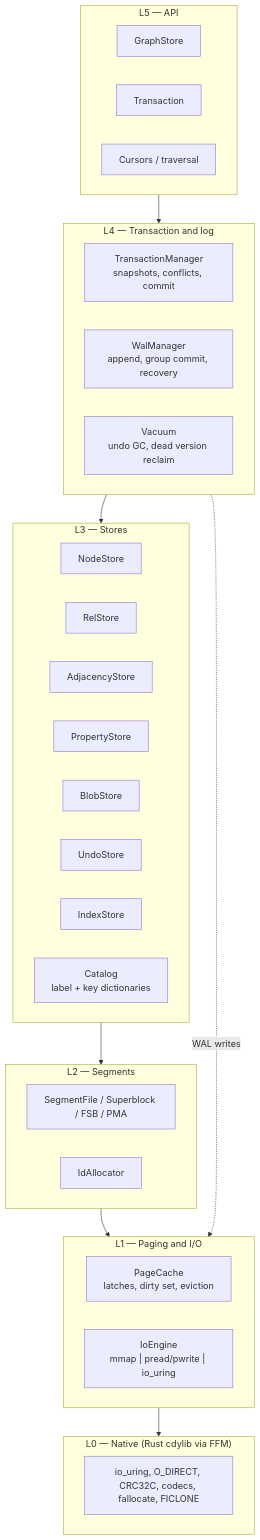
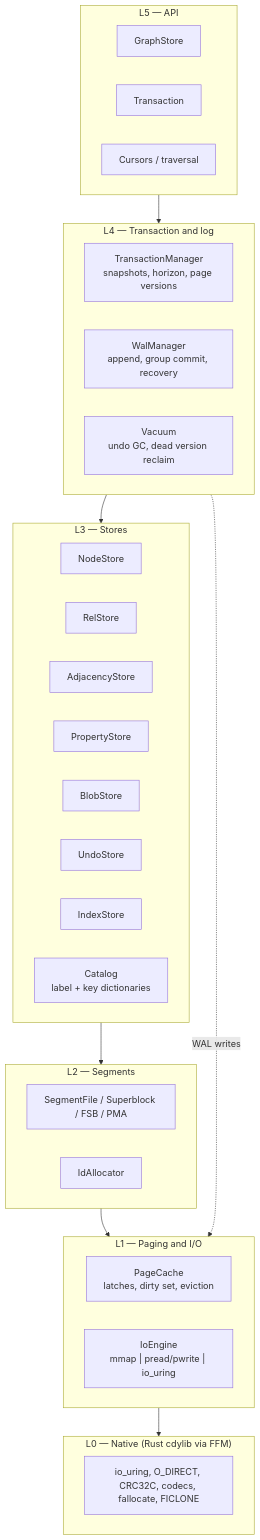
The first of 2 diagrams in spec/ARCHITECTURE.md (metaloom/metaloom-graph), drawn with Mermaid before and after one commit. The commit also changed other lines of this file and 106 other files, not shown here.

Commit message:
Add graph storage handling

````diff
--- a/spec/ARCHITECTURE.md
+++ b/spec/ARCHITECTURE.md
@@ -29,41 +29,41 @@
 ```mermaid
 graph TB
     subgraph L5["L5 — API"]
         GS["GraphStore"]
         TX["Transaction"]
         CUR["Cursors / traversal"]
     end
     subgraph L4["L4 — Transaction and log"]
-        TM["TransactionManager<br/>snapshots, conflicts, commit"]
+        TM["TransactionManager<br/>snapshots, horizon, page versions"]
         WM["WalManager<br/>append, group commit, recovery"]
         VAC["Vacuum<br/>undo GC, dead version reclaim"]
     end
     subgraph L3["L3 — Stores"]
         NS["NodeStore"]
         RS["RelStore"]
         AS["AdjacencyStore"]
         PS["PropertyStore"]
         BS["BlobStore"]
         US["UndoStore"]
         IX["IndexStore"]
         CAT["Catalog<br/>label + key dictionaries"]
     end
     subgraph L2["L2 — Segments"]
         SEG["SegmentFile / Superblock / FSB / PMA"]
         ALLOC["IdAllocator"]
     end
     subgraph L1["L1 — Paging and I/O"]
         PC["PageCache<br/>latches, dirty set, eviction"]
         IOE["IoEngine<br/>mmap | pread/pwrite | io_uring"]
     end
     subgraph L0["L0 — Native (Rust cdylib via FFM)"]
         NAT["io_uring, O_DIRECT, CRC32C, codecs, fallocate, FICLONE"]
     end
 
     L5 --> L4
     L4 --> L3
     L3 --> L2
     L2 --> L1
     L1 --> L0
     L4 -.WAL writes.-> L1
 ```
````
